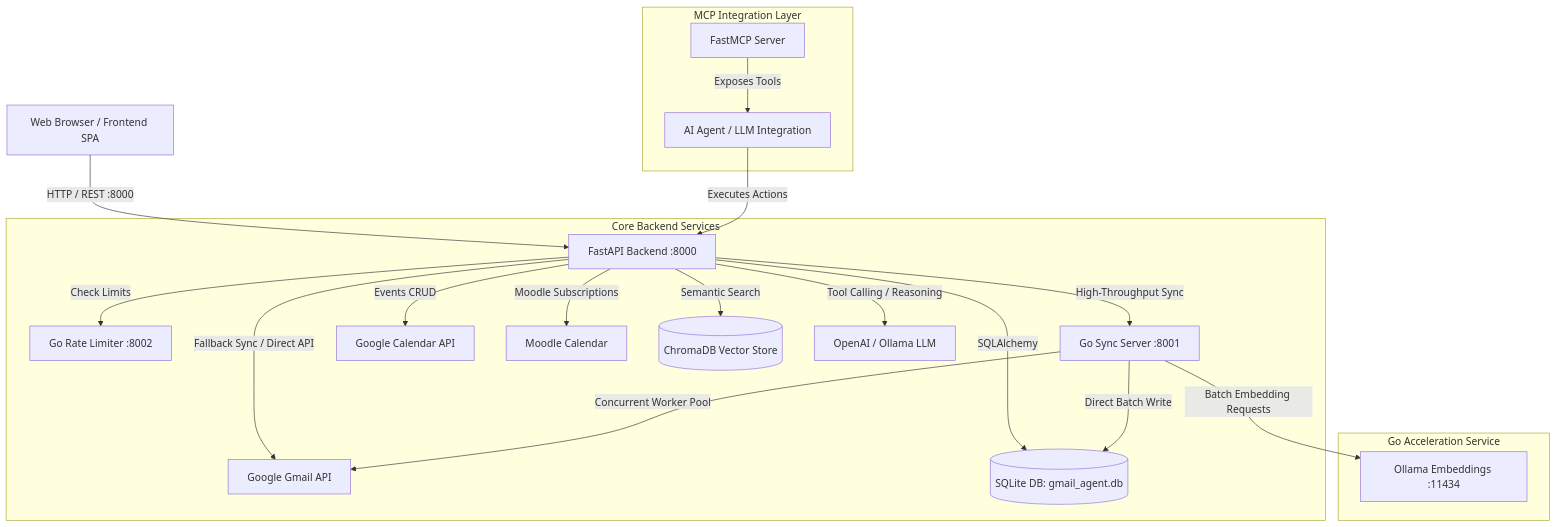
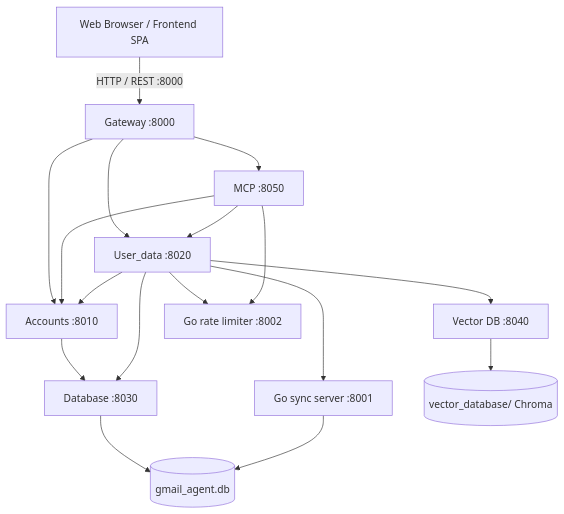
The diagram in README.md (AliMKCL/Mail-Agent), drawn with Mermaid before and after one commit. The commit also changed other lines of this file and 30 other files, not shown here.

````diff
--- a/README.md
+++ b/README.md
@@ -30,26 +37,19 @@
 ```mermaid
 graph TD
-    Client[Web Browser / Frontend SPA] -->|HTTP / REST :8000| FastAPI[FastAPI Backend :8000]
-    
-    subgraph "Core Backend Services"
-        FastAPI -->|Check Limits| RateLimiter[Go Rate Limiter :8002]
-        FastAPI -->|High-Throughput Sync| GoSync[Go Sync Server :8001]
-        FastAPI -->|Fallback Sync / Direct API| GmailAPI[Google Gmail API]
-        FastAPI -->|Events CRUD| GCalAPI[Google Calendar API]
-        FastAPI -->|Moodle Subscriptions| MoodleCal[Moodle Calendar]
-        FastAPI -->|SQLAlchemy| SQLiteDB[(SQLite DB: gmail_agent.db)]
-        FastAPI -->|Semantic Search| ChromaDB[(ChromaDB Vector Store)]
-        FastAPI -->|Tool Calling / Reasoning| LLM[OpenAI / Ollama LLM]
-    end
-
-    subgraph "Go Acceleration Service"
-        GoSync -->|Concurrent Worker Pool| GmailAPI
-        GoSync -->|Direct Batch Write| SQLiteDB
-        GoSync -->|Batch Embedding Requests| OllamaEmbed[Ollama Embeddings :11434]
-    end
-
-    subgraph "MCP Integration Layer"
-        MCP[FastMCP Server] -->|Exposes Tools| Agent[AI Agent / LLM Integration]
-        Agent -->|Executes Actions| FastAPI
-    end
+    FE[Web Browser / Frontend SPA] -->|HTTP / REST :8000| GW[Gateway :8000]
+    GW --> AC[Accounts :8010]
+    GW --> UD[User_data :8020]
+    GW --> MC[MCP :8050]
+    MC --> AC
+    MC --> UD
+    UD --> AC
+    UD --> VD[Vector DB :8040]
+    UD --> GO[Go sync server :8001]
+    AC --> DB[Database :8030]
+    UD --> DB
+    DB --> FILE[(gmail_agent.db)]
+    GO --> FILE
+    VD --> CH[(vector_database/ Chroma)]
+    UD --> RL[Go rate limiter :8002]
+    MC --> RL
 ```
````
